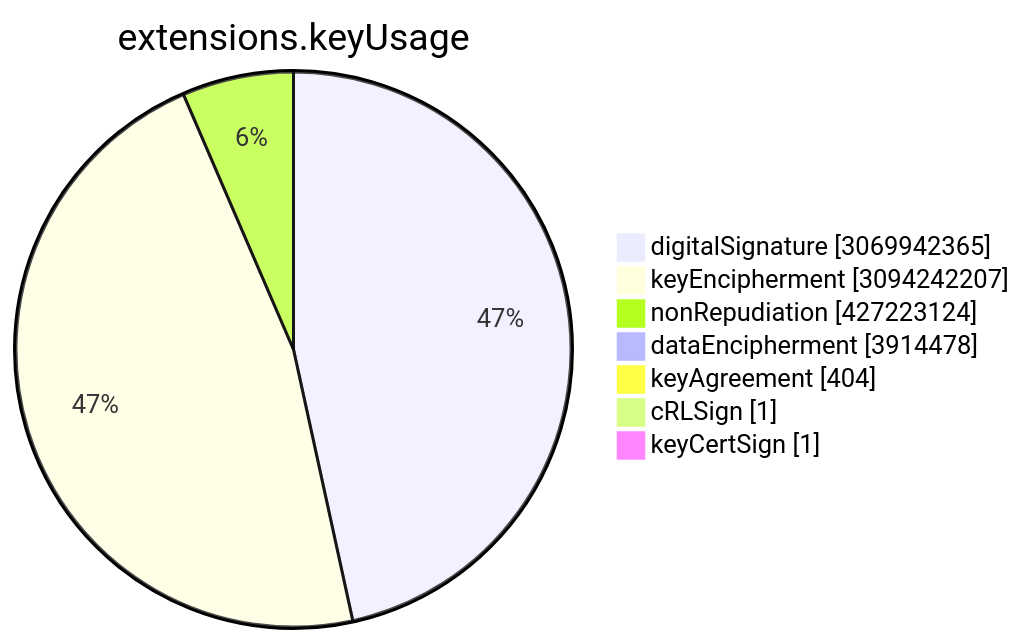
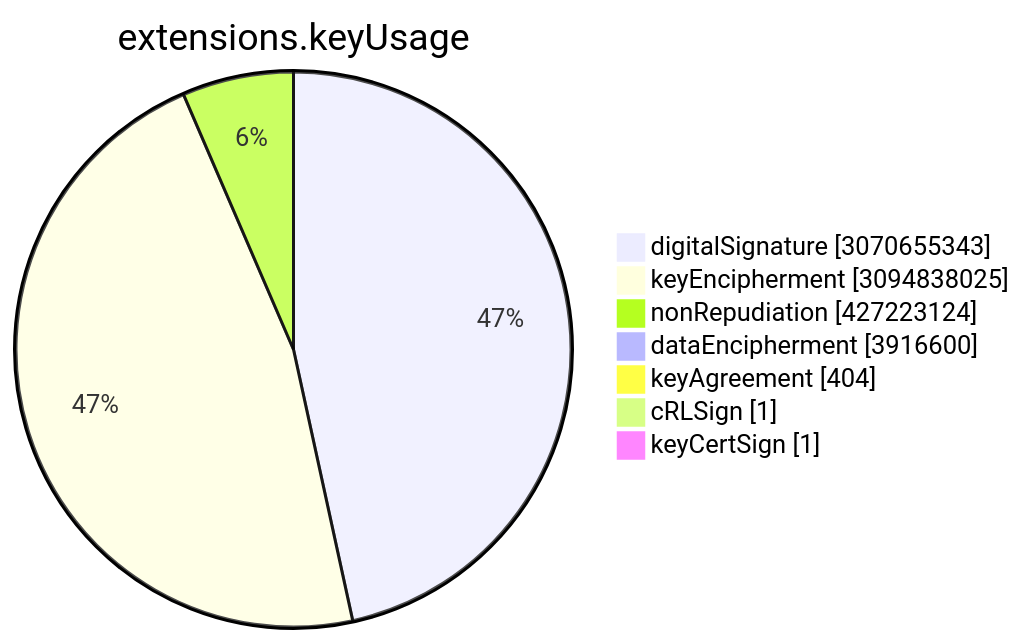
The sixth of 15 diagrams in TOTAL/README.md (christiankrug/ctmonitor_visualization), drawn with Mermaid before and after one commit. The commit also changed other lines of this file, not shown here.

````diff
--- a/TOTAL/README.md
+++ b/TOTAL/README.md
@@ -3077,11 +3077,11 @@
 ```mermaid
 pie showData
 title extensions.keyUsage
-"digitalSignature" :3069942365
-"keyEncipherment" :3094242207
+"digitalSignature" :3070655343
+"keyEncipherment" :3094838025
 "nonRepudiation" :427223124
-"dataEncipherment" :3914478
+"dataEncipherment" :3916600
 "keyAgreement" :404
 "cRLSign" :1
 "keyCertSign" :1
 ```
````
